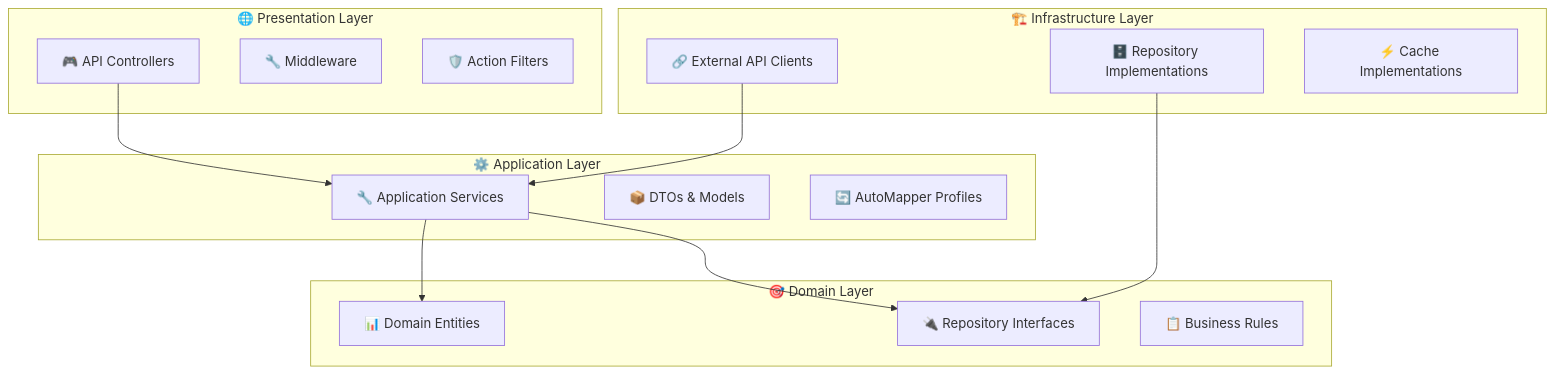
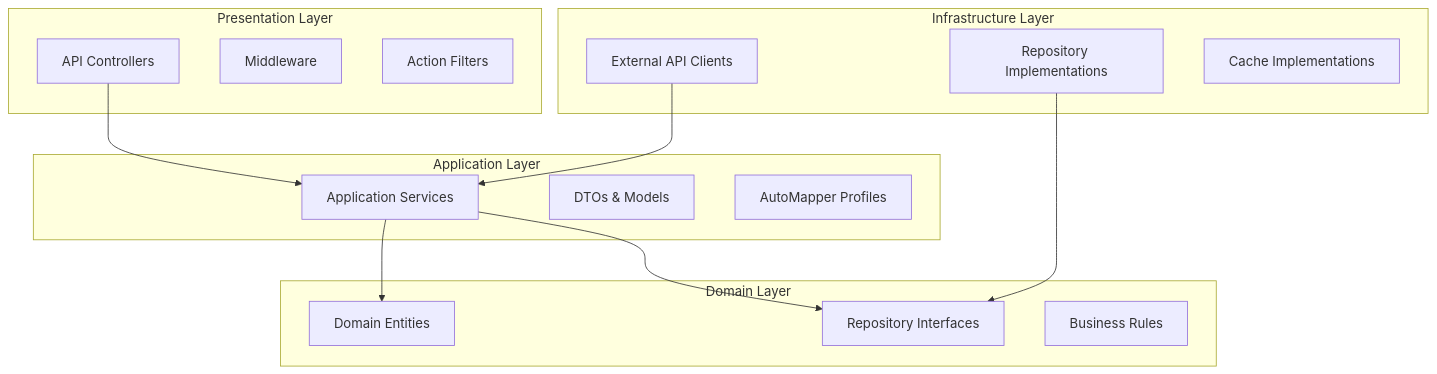
Before and after one commit to sandeepkumar0801/ToursAndActivities: the third of 11 diagrams in README.md, drawn with Mermaid. The commit also changed other lines of this file, not shown here.

````diff
--- a/README.md
+++ b/README.md
@@ -258,32 +258,32 @@
 ```mermaid
 graph TB
-    subgraph "🌐 Presentation Layer"
-        CONTROLLERS[🎮 API Controllers]
-        MIDDLEWARE[🔧 Middleware]
-        FILTERS[🛡️ Action Filters]
+    subgraph "Presentation Layer"
+        CONTROLLERS[API Controllers]
+        MIDDLEWARE[Middleware]
+        FILTERS[Action Filters]
     end
 
-    subgraph "⚙️ Application Layer"
-        SERVICES[🔧 Application Services]
-        DTOS[📦 DTOs & Models]
-        MAPPERS[🔄 AutoMapper Profiles]
+    subgraph "Application Layer"
+        SERVICES[Application Services]
+        DTOS[DTOs & Models]
+        MAPPERS[AutoMapper Profiles]
     end
 
-    subgraph "🎯 Domain Layer"
-        ENTITIES[📊 Domain Entities]
-        INTERFACES[🔌 Repository Interfaces]
-        RULES[📋 Business Rules]
+    subgraph "Domain Layer"
+        ENTITIES[Domain Entities]
+        INTERFACES[Repository Interfaces]
+        RULES[Business Rules]
     end
 
-    subgraph "🏗️ Infrastructure Layer"
-        REPOS[🗄️ Repository Implementations]
-        EXTERNAL[🔗 External API Clients]
-        CACHE_IMPL[⚡ Cache Implementations]
+    subgraph "Infrastructure Layer"
+        REPOS[Repository Implementations]
+        EXTERNAL[External API Clients]
+        CACHE_IMPL[Cache Implementations]
     end
 
     CONTROLLERS --> SERVICES
     SERVICES --> ENTITIES
     SERVICES --> INTERFACES
     REPOS --> INTERFACES
     EXTERNAL --> SERVICES
 ```
````
